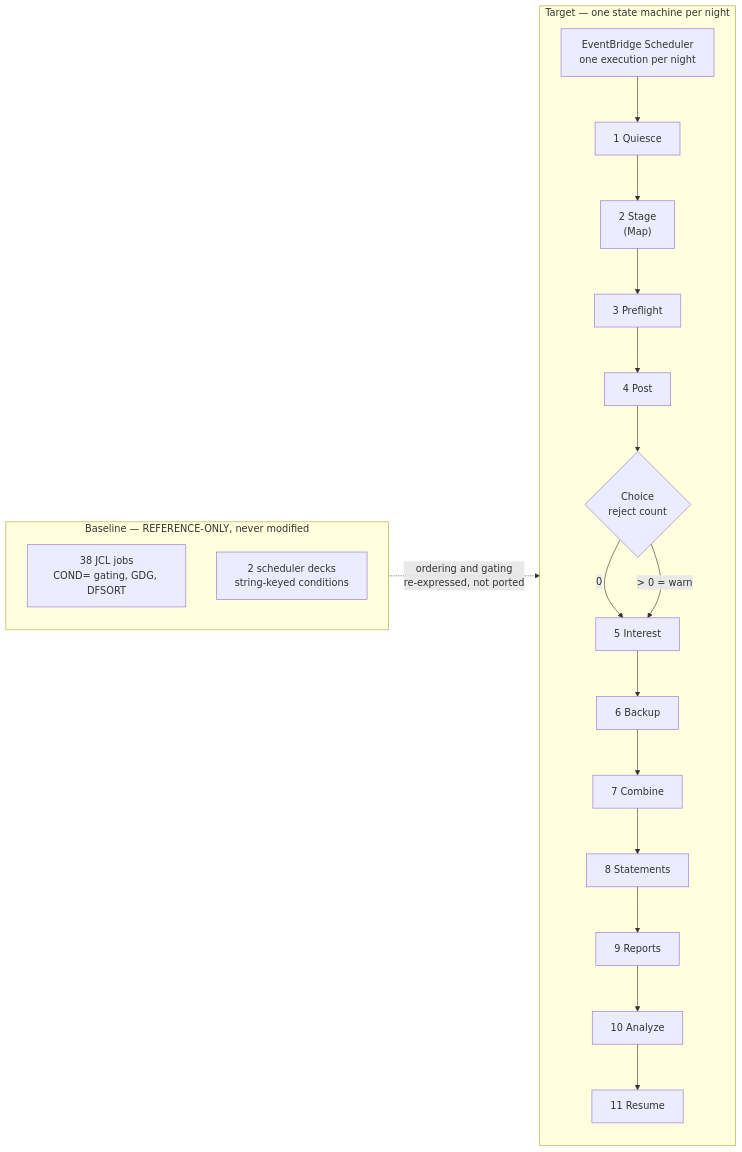
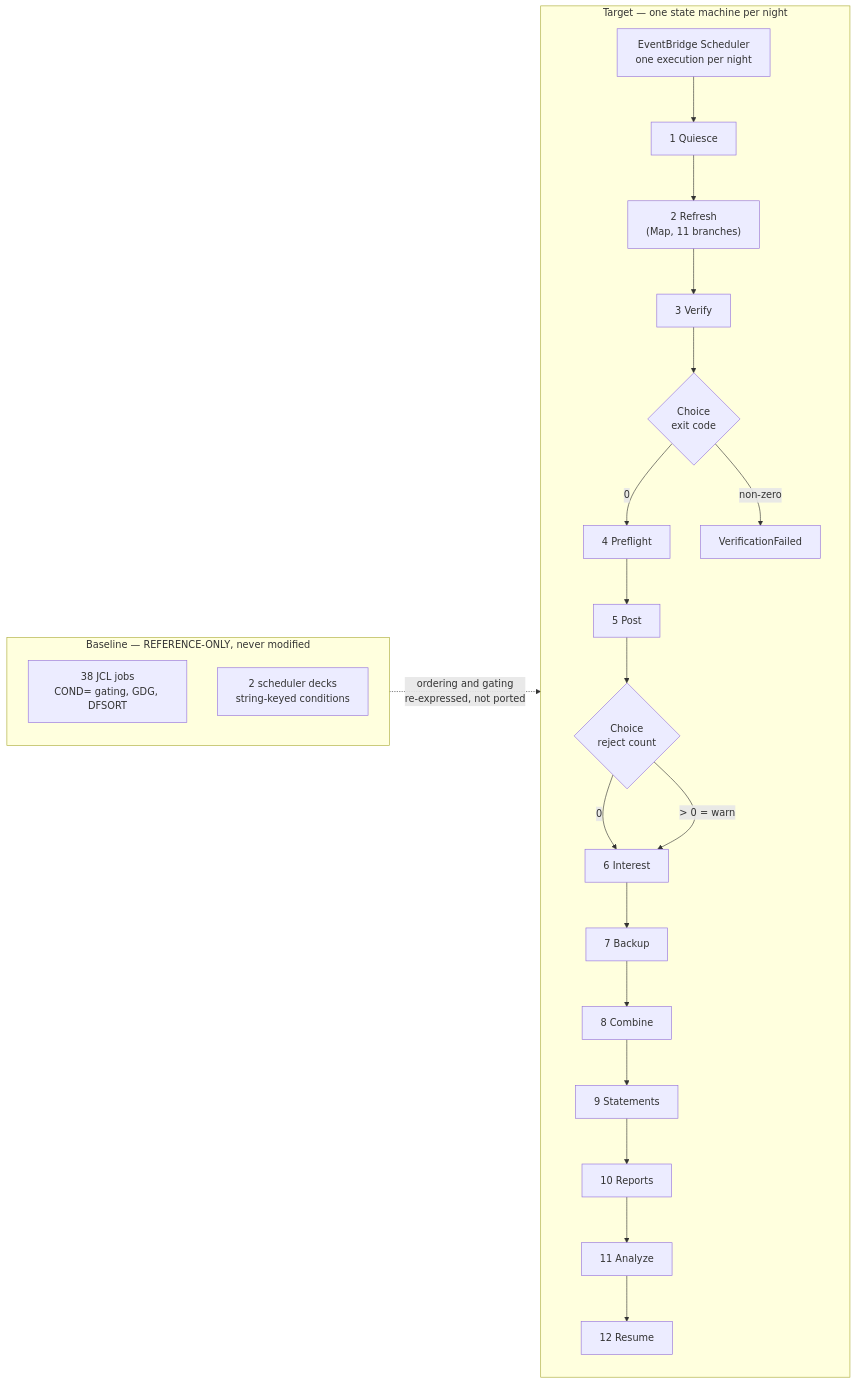
One commit to Blitzy-LocalStack/aws-mainframe-modernization-carddemo changed the diagram in docs/adr/ADR-005-batch-orchestration.md. Above: the diagram before and after it, drawn with Mermaid. The commit also changed other lines of this file and 495 other files, not shown here.

````diff
--- a/docs/adr/ADR-005-batch-orchestration.md
+++ b/docs/adr/ADR-005-batch-orchestration.md
@@ -222,21 +256,24 @@
 ```mermaid
 graph LR
     subgraph REF["Baseline — REFERENCE-ONLY, never modified"]
         J["38 JCL jobs<br/>COND= gating, GDG, DFSORT"]
         D["2 scheduler decks<br/>string-keyed conditions"]
     end
 
     subgraph TGT["Target — one state machine per night"]
         S["EventBridge Scheduler<br/>one execution per night"]
-        S --> Q1["1 Quiesce"] --> M["2 Stage<br/>(Map)"] --> P3["3 Preflight"]
-        P3 --> P4["4 Post"] --> C{"Choice<br/>reject count"}
-        C -->|"0"| I5["5 Interest"]
-        C -->|"&gt; 0 = warn"| I5
-        I5 --> B6["6 Backup"] --> K7["7 Combine"] --> G8["8 Statements"]
-        G8 --> G9["9 Reports"] --> A10["10 Analyze"] --> R11["11 Resume"]
+        S --> Q1["1 Quiesce"] --> M["2 Refresh<br/>(Map, 11 branches)"] --> V3["3 Verify"]
+        V3 --> VC{"Choice<br/>exit code"}
+        VC -->|"0"| P4["4 Preflight"]
+        VC -->|"non-zero"| VF["VerificationFailed"]
+        P4 --> P5["5 Post"] --> C{"Choice<br/>reject count"}
+        C -->|"0"| I6["6 Interest"]
+        C -->|"&gt; 0 = warn"| I6
+        I6 --> B7["7 Backup"] --> K8["8 Combine"] --> G9["9 Statements"]
+        G9 --> G10["10 Reports"] --> A11["11 Analyze"] --> R12["12 Resume"]
     end
 
     REF -.->|"ordering and gating<br/>re-expressed, not ported"| TGT
 %% Every work state additionally carries TimeoutSeconds, Retry and Catch; the Catch
 %% edges are omitted here so the happy path stays legible.
 ```
````
